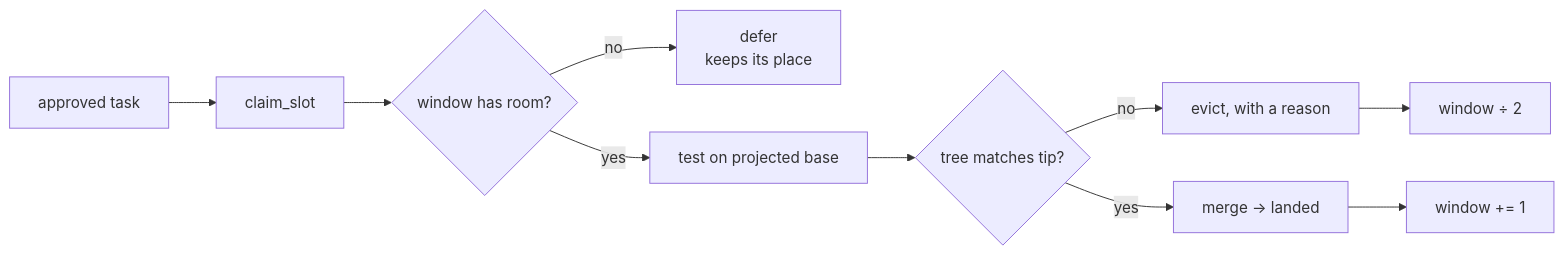
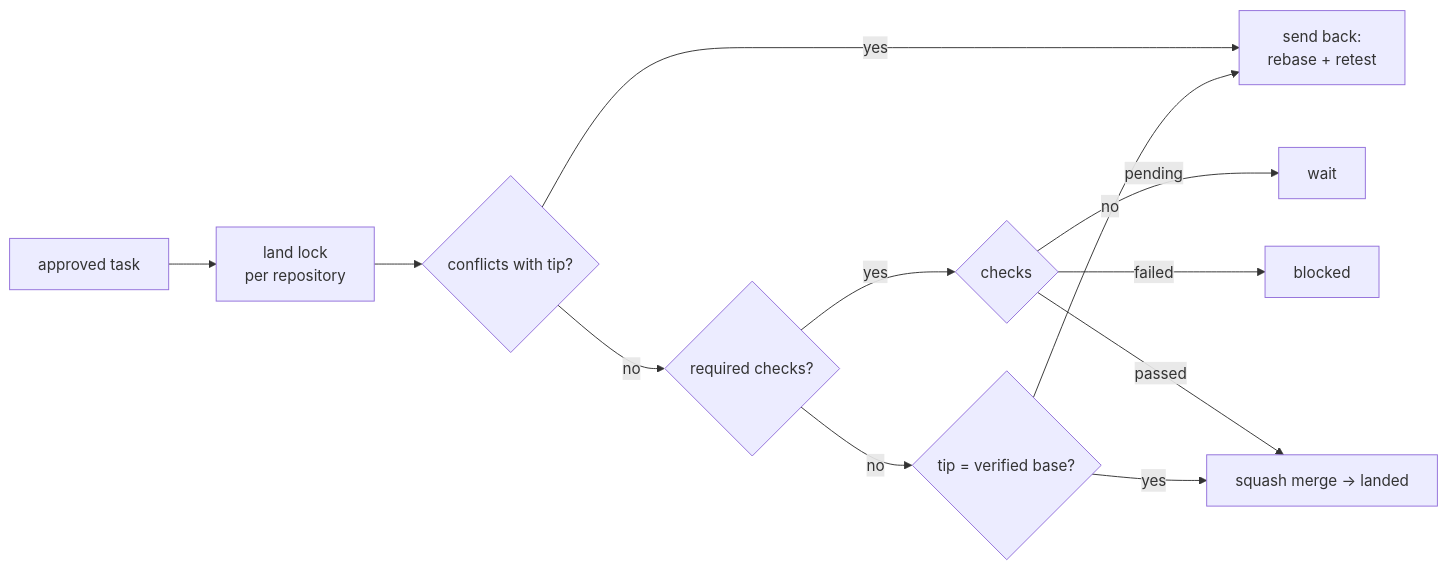
One commit to jordanhubbard/mac changed the fifth of 5 diagrams in docs/guide/01-architecture.md. Above: the diagram before and after it, drawn with Mermaid. The commit also changed other lines of this file and 50 other files, not shown here.

````diff
--- a/docs/guide/01-architecture.md
+++ b/docs/guide/01-architecture.md
@@ -183,12 +182,14 @@
 ```mermaid
 graph LR
-    A["approved task"] --> B["claim_slot"]
-    B --> C{"window has room?"}
-    C -->|no| D["defer<br/>keeps its place"]
-    C -->|yes| E["test on projected base"]
-    E --> F{"tree matches tip?"}
-    F -->|no| G["evict, with a reason"]
-    F -->|yes| H["merge → landed"]
-    H --> I["window += 1"]
-    G --> J["window ÷ 2"]
+    A["approved task"] --> L["land lock<br/>per repository"]
+    L --> C{"conflicts with tip?"}
+    C -->|yes| R["send back:<br/>rebase + retest"]
+    C -->|no| K{"required checks?"}
+    K -->|yes| P{"checks"}
+    P -->|pending| W["wait"]
+    P -->|failed| B["blocked"]
+    P -->|passed| M["squash merge → landed"]
+    K -->|no| T{"tip = verified base?"}
+    T -->|no| R
+    T -->|yes| M
 ```
````
